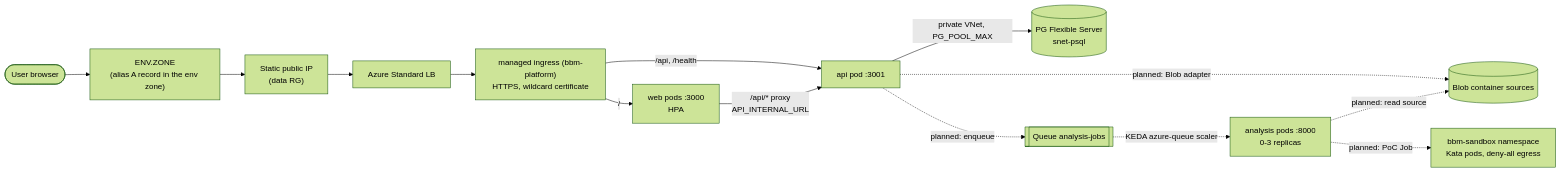
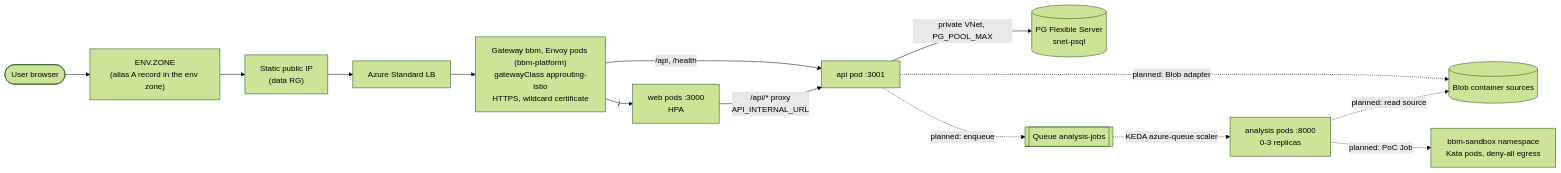
The second of 4 diagrams in docs/devops/architecture.md (cse416-fa26-sixseven/bug-bounty-marketplace), drawn with Mermaid (forest theme) before and after one commit. The commit also changed other lines of this file and 8 other files, not shown here.

````diff
--- a/docs/devops/architecture.md
+++ b/docs/devops/architecture.md
@@ -145,16 +148,16 @@
 ```mermaid
 flowchart LR
     U(["User browser"]) --> DNS["ENV.ZONE<br/>(alias A record in the env zone)"]
     DNS --> PIP["Static public IP<br/>(data RG)"]
     PIP --> LB["Azure Standard LB"]
-    LB --> NGX["managed ingress (bbm-platform)<br/>HTTPS, wildcard certificate"]
+    LB --> NGX["Gateway bbm, Envoy pods (bbm-platform)<br/>gatewayClass approuting-istio<br/>HTTPS, wildcard certificate"]
     NGX -- "/" --> WEB["web pods :3000<br/>HPA"]
     NGX -- "/api, /health" --> API["api pod :3001"]
     WEB -- "/api/* proxy<br/>API_INTERNAL_URL" --> API
     API -- "private VNet, PG_POOL_MAX" --> PG[("PG Flexible Server<br/>snet-psql")]
     API -. "planned: Blob adapter" .-> BLOB[("Blob container sources")]
     API -. "planned: enqueue" .-> Q[["Queue analysis-jobs"]]
     Q -. "KEDA azure-queue scaler" .-> AN["analysis pods :8000<br/>0-3 replicas"]
     AN -. "planned: read source" .-> BLOB
     AN -. "planned: PoC Job" .-> SBX["bbm-sandbox namespace<br/>Kata pods, deny-all egress"]
 ```
````
